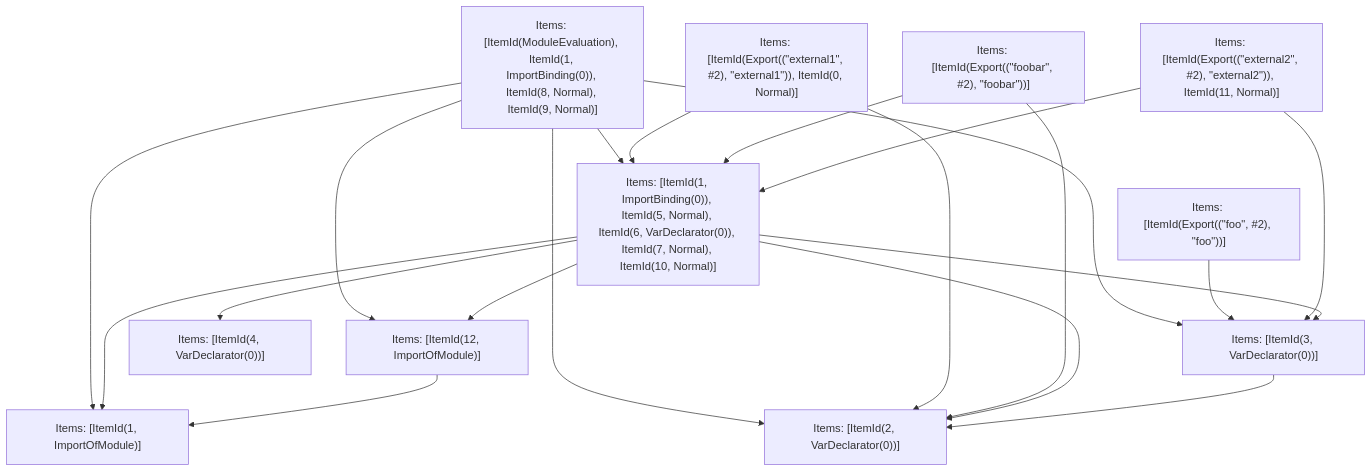
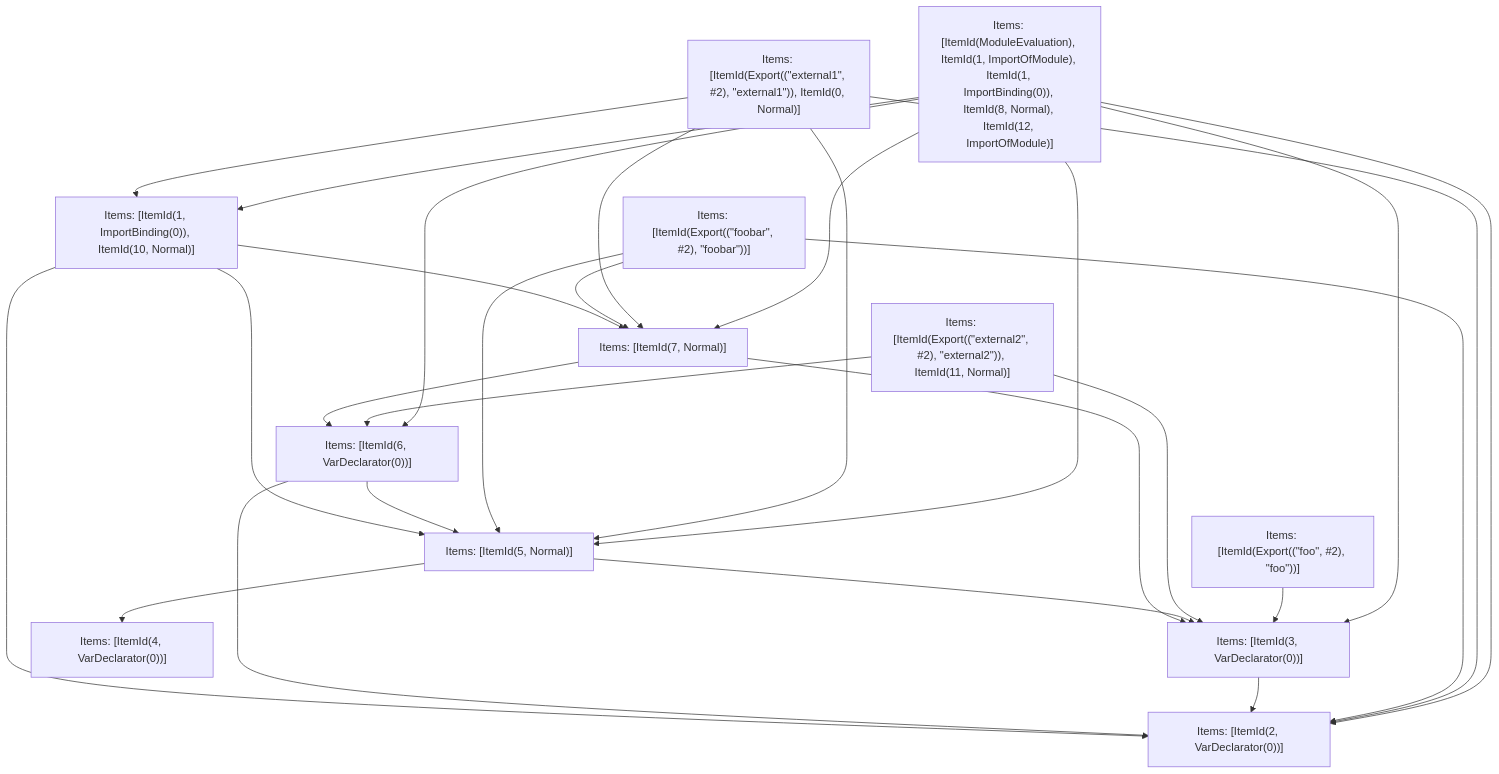
The fifth of 5 diagrams in crates/turbopack-ecmascript/tests/tree-shaker/analyzer/2/output.md (vercel/turborepo), drawn with Mermaid before and after one commit. The commit also changed other lines of this file and 12 other files, not shown here.

````diff
--- a/crates/turbopack-ecmascript/tests/tree-shaker/analyzer/2/output.md
+++ b/crates/turbopack-ecmascript/tests/tree-shaker/analyzer/2/output.md
@@ -415,33 +354,41 @@
 ```mermaid
 graph TD
-    N0["Items: [ItemId(ModuleEvaluation), ItemId(1, ImportBinding(0)), ItemId(8, Normal), ItemId(9, Normal)]"];
+    N0["Items: [ItemId(ModuleEvaluation), ItemId(1, ImportOfModule), ItemId(1, ImportBinding(0)), ItemId(8, Normal), ItemId(12, ImportOfModule)]"];
     N1["Items: [ItemId(Export((&quot;external1&quot;, #2), &quot;external1&quot;)), ItemId(0, Normal)]"];
     N2["Items: [ItemId(Export((&quot;foobar&quot;, #2), &quot;foobar&quot;))]"];
     N3["Items: [ItemId(Export((&quot;foo&quot;, #2), &quot;foo&quot;))]"];
     N4["Items: [ItemId(Export((&quot;external2&quot;, #2), &quot;external2&quot;)), ItemId(11, Normal)]"];
-    N5["Items: [ItemId(1, ImportBinding(0)), ItemId(5, Normal), ItemId(6, VarDeclarator(0)), ItemId(7, Normal), ItemId(10, Normal)]"];
-    N6["Items: [ItemId(1, ImportOfModule)]"];
-    N7["Items: [ItemId(12, ImportOfModule)]"];
-    N8["Items: [ItemId(2, VarDeclarator(0))]"];
-    N9["Items: [ItemId(3, VarDeclarator(0))]"];
-    N10["Items: [ItemId(4, VarDeclarator(0))]"];
-    N0 --> N6;
-    N0 --> N7;
+    N5["Items: [ItemId(2, VarDeclarator(0))]"];
+    N6["Items: [ItemId(3, VarDeclarator(0))]"];
+    N7["Items: [ItemId(4, VarDeclarator(0))]"];
+    N8["Items: [ItemId(5, Normal)]"];
+    N9["Items: [ItemId(6, VarDeclarator(0))]"];
+    N10["Items: [ItemId(7, Normal)]"];
+    N11["Items: [ItemId(1, ImportBinding(0)), ItemId(10, Normal)]"];
+    N0 --> N9;
+    N0 --> N11;
     N0 --> N5;
     N0 --> N8;
-    N0 --> N9;
+    N0 --> N10;
+    N0 --> N6;
+    N1 --> N11;
     N1 --> N5;
     N1 --> N8;
+    N1 --> N10;
+    N2 --> N5;
     N2 --> N8;
-    N2 --> N5;
-    N3 --> N9;
+    N2 --> N10;
+    N3 --> N6;
+    N4 --> N6;
     N4 --> N9;
-    N4 --> N5;
-    N5 --> N10;
-    N5 --> N9;
-    N5 --> N6;
-    N5 --> N7;
-    N5 --> N8;
-    N7 --> N6;
+    N6 --> N5;
+    N8 --> N7;
+    N8 --> N6;
+    N9 --> N5;
     N9 --> N8;
+    N10 --> N6;
+    N10 --> N9;
+    N11 --> N5;
+    N11 --> N8;
+    N11 --> N10;
 ```
````
